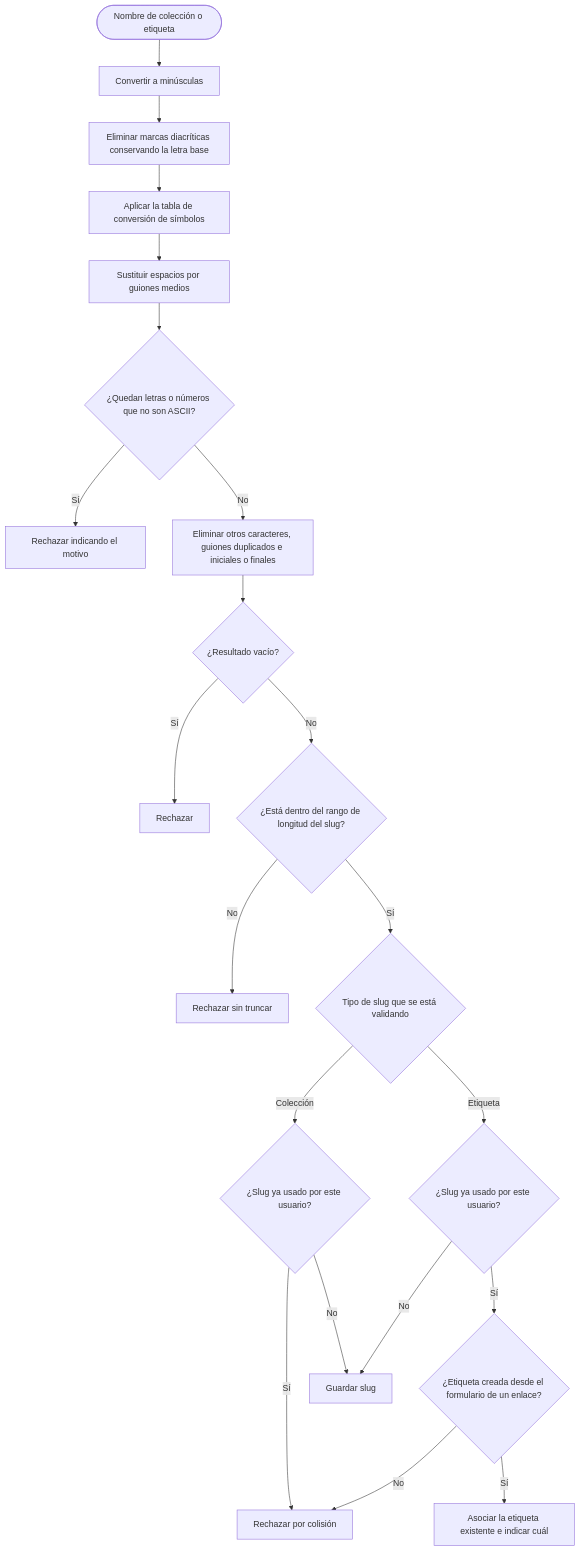
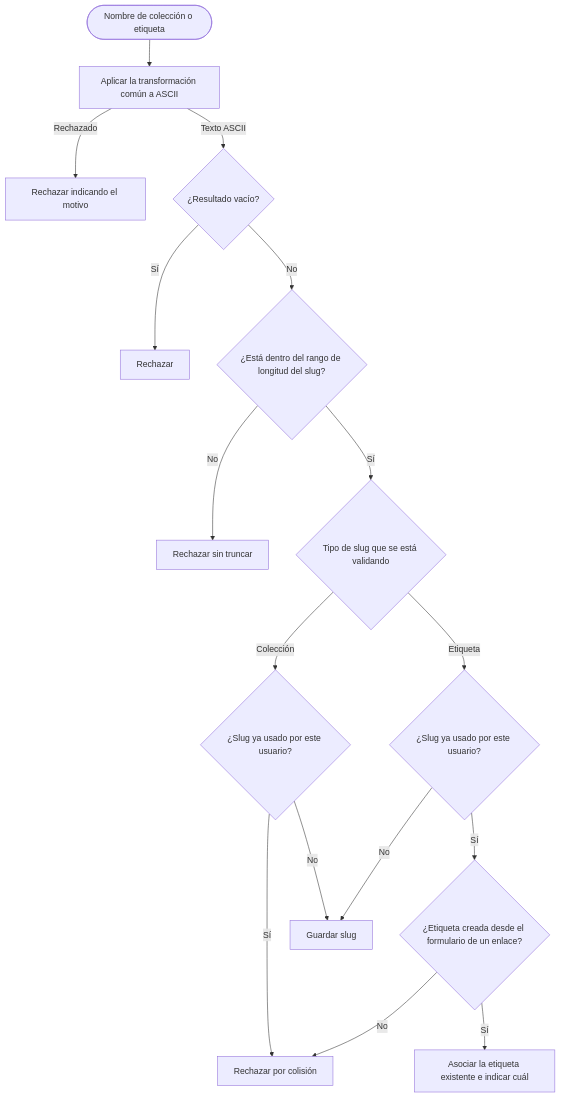
Before and after one commit to DaveSoftDev/Linkubator: the diagram in context/diagrams/process-slugs.md, drawn with Mermaid. The commit also changed other lines of this file and 7 other files, not shown here.

````diff
--- a/context/diagrams/process-slugs.md
+++ b/context/diagrams/process-slugs.md
@@ -5,39 +5,33 @@
 ```mermaid
 flowchart TD
     start([Nombre de colección o etiqueta])
-    lowercase[Convertir a minúsculas]
-    diacritics[Eliminar marcas diacríticas conservando la letra base]
-    table[Aplicar la tabla de conversión de símbolos]
-    spaces[Sustituir espacios por guiones medios]
-    nonAscii{¿Quedan letras o números que no son ASCII?}
-    rejectNonAscii[Rechazar indicando el motivo]
-    cleanup[Eliminar otros caracteres, guiones duplicados e iniciales o finales]
+    transform[Aplicar la transformación común a ASCII]
+    rejectTransform[Rechazar indicando el motivo]
     empty{¿Resultado vacío?}
     rejectEmpty[Rechazar]
     range{¿Está dentro del rango de longitud del slug?}
     rejectRange[Rechazar sin truncar]
     slugTarget{Tipo de slug que se está validando}
     collectionCollision{¿Slug ya usado por este usuario?}
     tagCollision{¿Slug ya usado por este usuario?}
     tagOrigin{¿Etiqueta creada desde el formulario de un enlace?}
     associate[Asociar la etiqueta existente e indicar cuál]
     rejectCollision[Rechazar por colisión]
     saveSlug[Guardar slug]
 
-    start --> lowercase
-    lowercase --> diacritics --> table --> spaces --> nonAscii
-    nonAscii -->|Sí| rejectNonAscii
-    nonAscii -->|No| cleanup --> empty
+    start --> transform
+    transform -->|Rechazado| rejectTransform
+    transform -->|Texto ASCII| empty
     empty -->|Sí| rejectEmpty
     empty -->|No| range
     range -->|No| rejectRange
     range -->|Sí| slugTarget
     slugTarget -->|Colección| collectionCollision
     slugTarget -->|Etiqueta| tagCollision
     collectionCollision -->|No| saveSlug
     collectionCollision -->|Sí| rejectCollision
     tagCollision -->|No| saveSlug
     tagCollision -->|Sí| tagOrigin
     tagOrigin -->|Sí| associate
     tagOrigin -->|No| rejectCollision
 ```
````
